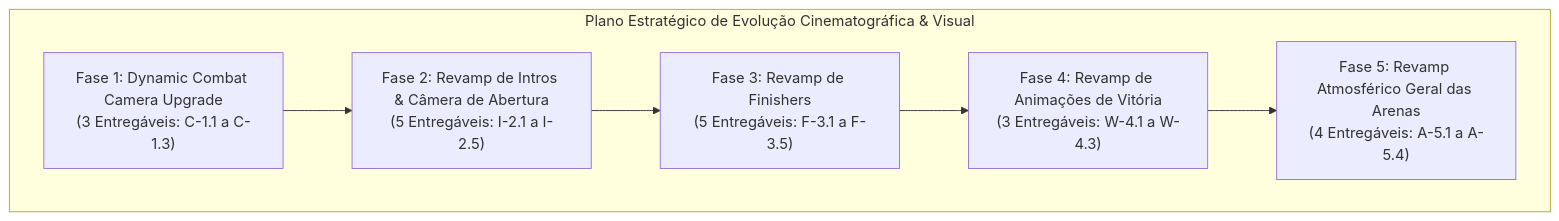
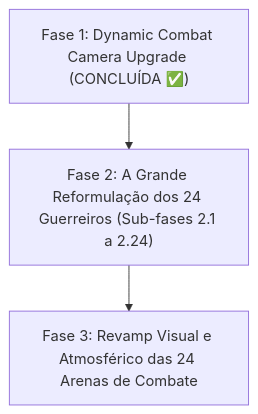
Before and after one commit to colletes/samurai-edge-demake: the diagram in docs/EXPANSION_ROADMAP_AND_DESIGN.md, drawn with Mermaid. The commit also changed other lines of this file and 1 other file, not shown here.

Commit message:
docs(roadmap): reformulate Phases 2, 3 and 4 into unified 24 Fighters Master Overhaul Phase

````diff
--- a/docs/EXPANSION_ROADMAP_AND_DESIGN.md
+++ b/docs/EXPANSION_ROADMAP_AND_DESIGN.md
@@ -11,11 +5,5 @@
 ```mermaid
 flowchart TD
-    subgraph ActivePhases["Plano Estratégico de Evolução Cinematográfica & Visual"]
-        P1["Fase 1: Dynamic Combat Camera Upgrade<br>(3 Entregáveis: C-1.1 a C-1.3)"]
-        P2["Fase 2: Revamp de Intros & Câmera de Abertura<br>(5 Entregáveis: I-2.1 a I-2.5)"]
-        P3["Fase 3: Revamp de Finishers<br>(5 Entregáveis: F-3.1 a F-3.5)"]
-        P4["Fase 4: Revamp de Animações de Vitória<br>(3 Entregáveis: W-4.1 a W-4.3)"]
-        P5["Fase 5: Revamp Atmosférico Geral das Arenas<br>(4 Entregáveis: A-5.1 a A-5.4)"]
-    end
-    P1 --> P2 --> P3 --> P4 --> P5
+    P1["Fase 1: Dynamic Combat Camera Upgrade (CONCLUÍDA ✅)"] --> P2["Fase 2: A Grande Reformulação dos 24 Guerreiros (Sub-fases 2.1 a 2.24)"]
+    P2 --> P3["Fase 3: Revamp Visual e Atmosférico das 24 Arenas de Combate"]
 ```
````
